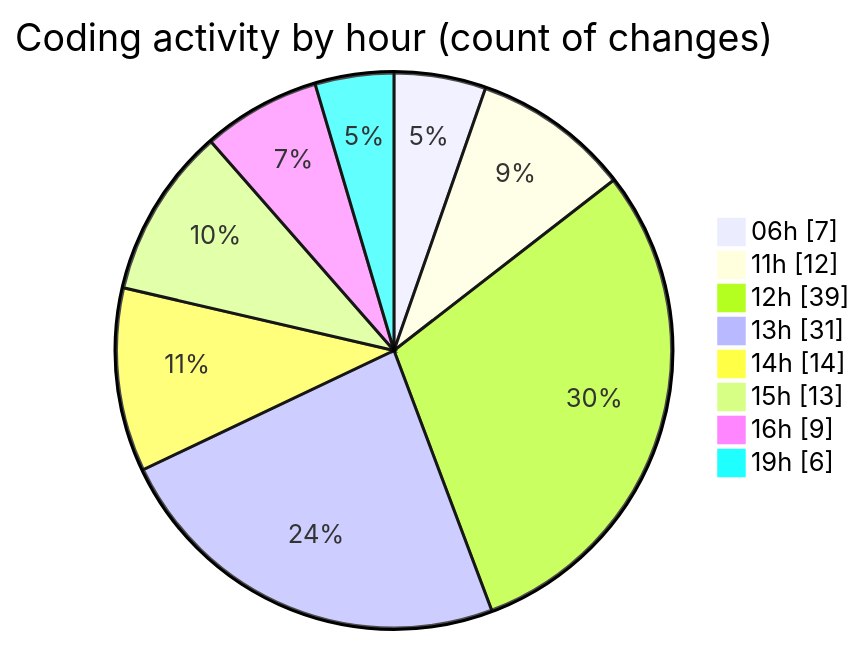
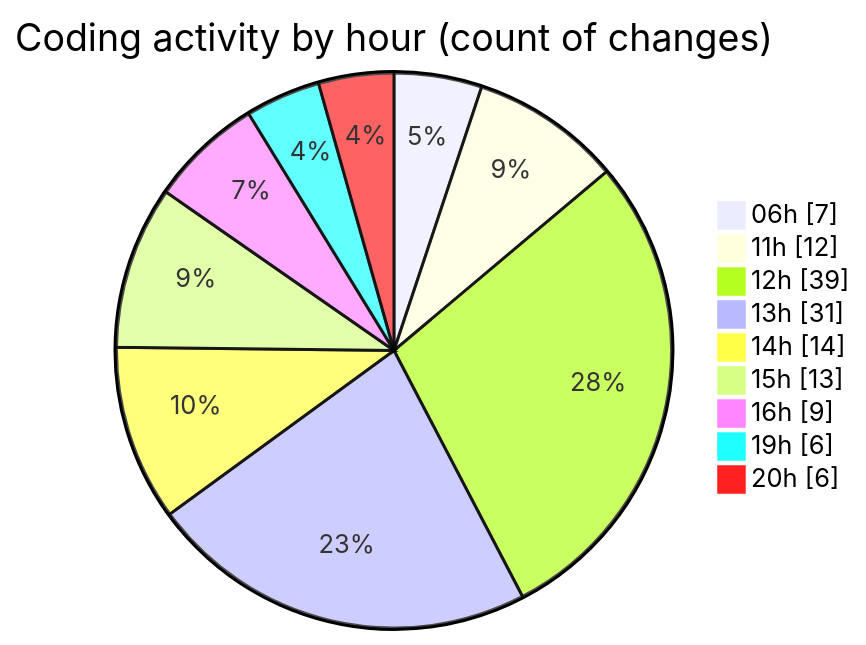
The second of 2 diagrams in 2025-07-14/ribbon/README.md (EIIisD/code-tracking), drawn with Mermaid before and after one commit. The commit also changed other lines of this file and 1 other file, not shown here.

````diff
--- a/2025-07-14/ribbon/README.md
+++ b/2025-07-14/ribbon/README.md
@@ -67,12 +70,13 @@
 ```mermaid
 pie showData
 title Coding activity by hour (count of changes)
 "06h" : 7
 "11h" : 12
 "12h" : 39
 "13h" : 31
 "14h" : 14
 "15h" : 13
 "16h" : 9
 "19h" : 6
+"20h" : 6
 ```
````
